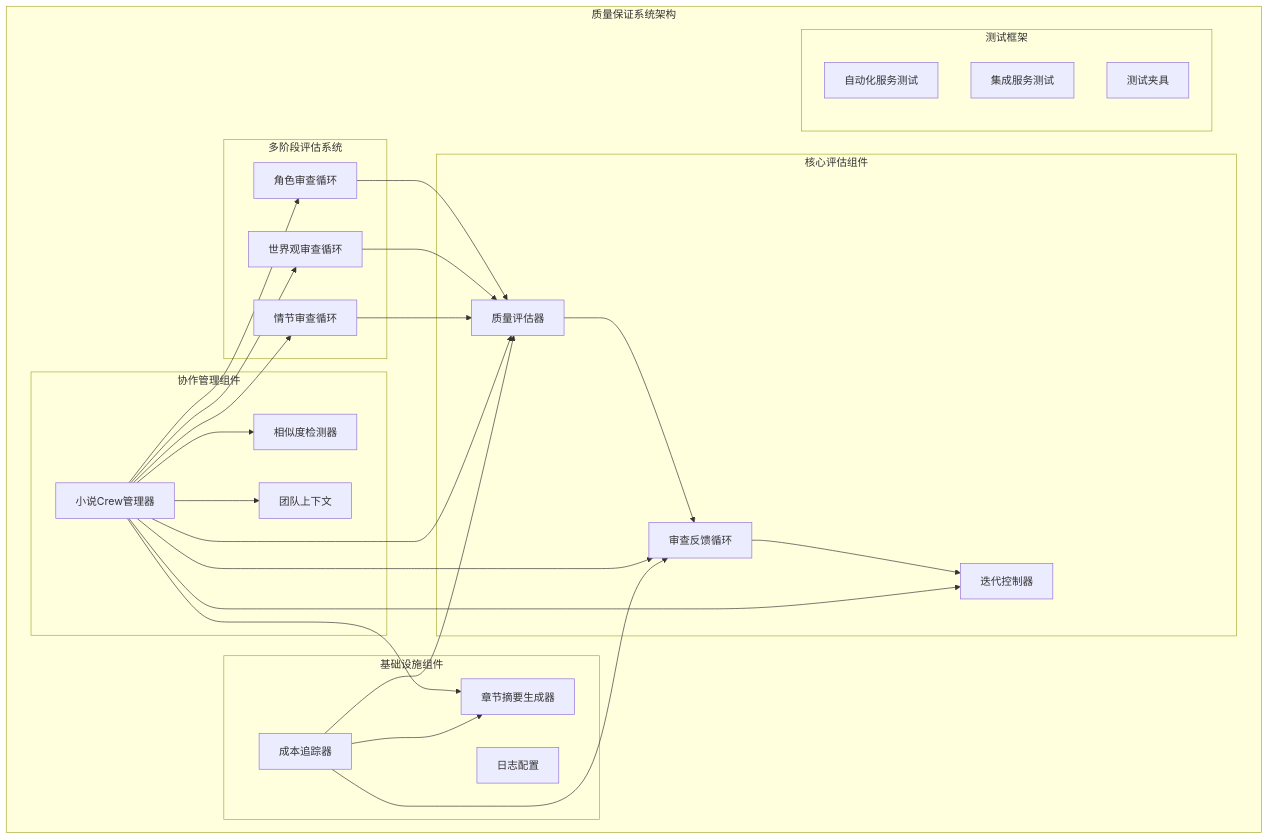
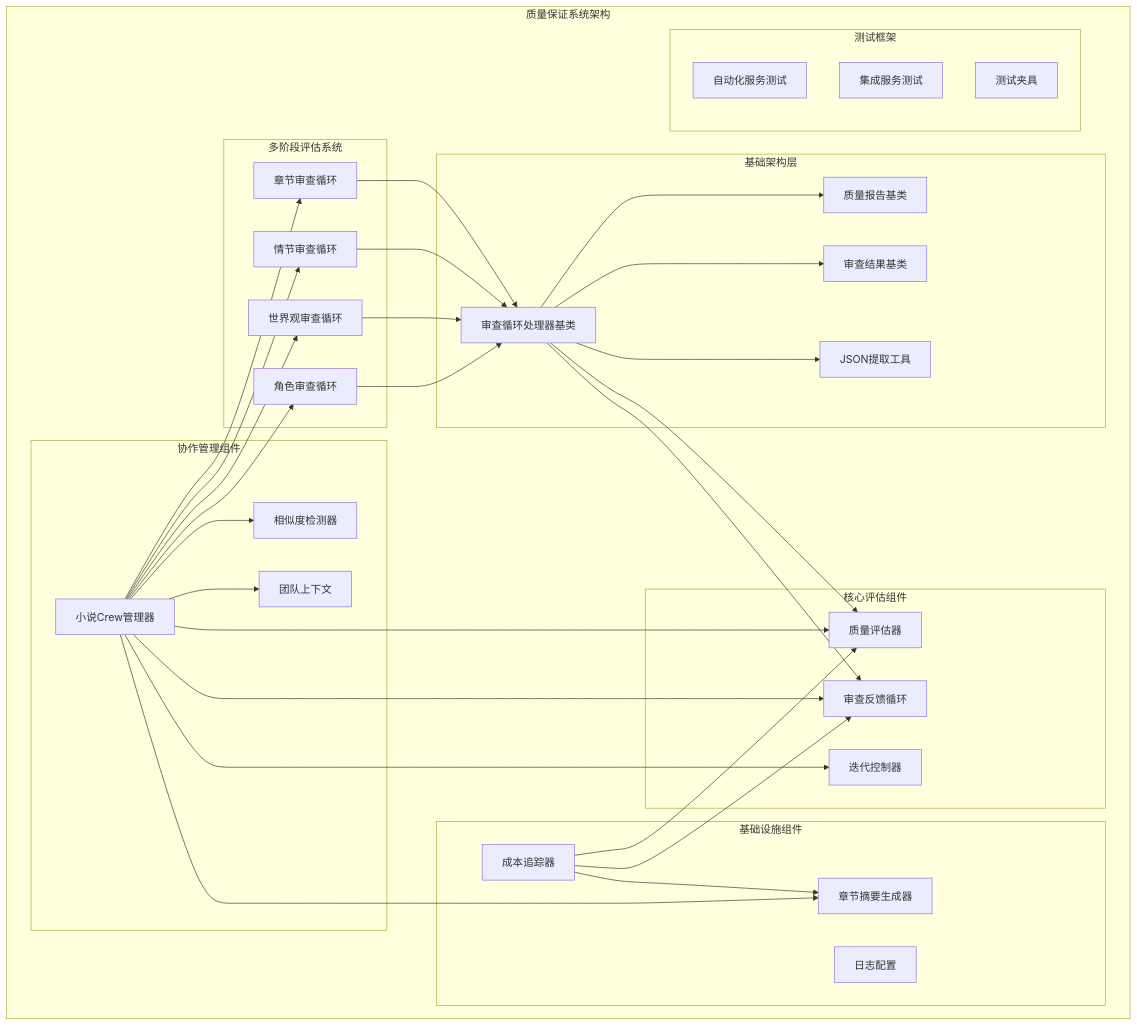
One commit to xfbyxq/ai-novel-system changed the first of 17 diagrams in .qoder/repowiki/zh/content/AI智能体系统/质量保证系统.md. Above: the diagram before and after it, drawn with Mermaid. The commit also changed other lines of this file and 10 other files, not shown here.

````diff
--- a/.qoder/repowiki/zh/content/AI智能体系统/质量保证系统.md
+++ b/.qoder/repowiki/zh/content/AI智能体系统/质量保证系统.md
@@ -62,47 +69,59 @@
 ```mermaid
 graph TB
 subgraph "质量保证系统架构"
+subgraph "基础架构层"
+BRB[审查循环处理器基类]
+BQR[质量报告基类]
+BRR[审查结果基类]
+JE[JSON提取工具]
+end
 subgraph "核心评估组件"
 QE[质量评估器]
 RL[审查反馈循环]
 IC[迭代控制器]
 end
 subgraph "多阶段评估系统"
 CRE[角色审查循环]
 WRE[世界观审查循环]
 PRE[情节审查循环]
+RRL[章节审查循环]
 end
 subgraph "协作管理组件"
 CM[小说Crew管理器]
 TC[团队上下文]
 SD[相似度检测器]
 end
 subgraph "基础设施组件"
 CT[成本追踪器]
 CSG[章节摘要生成器]
 LC[日志配置]
 end
 subgraph "测试框架"
 TAU[自动化服务测试]
 TIS[集成服务测试]
 CF[测试夹具]
 end
 end
-QE --> RL
-RL --> IC
-CRE --> QE
-WRE --> QE
-PRE --> QE
+BRB --> BQR
+BRB --> BRR
+BRB --> JE
+BRB --> QE
+BRB --> RL
+CRE --> BRB
+WRE --> BRB
+PRE --> BRB
+RRL --> BRB
 CM --> QE
 CM --> RL
 CM --> CRE
 CM --> WRE
 CM --> PRE
+CM --> RRL
 CM --> SD
 CM --> IC
 CM --> TC
 CM --> CSG
 CT --> QE
 CT --> RL
 CT --> CSG
 ```
````
